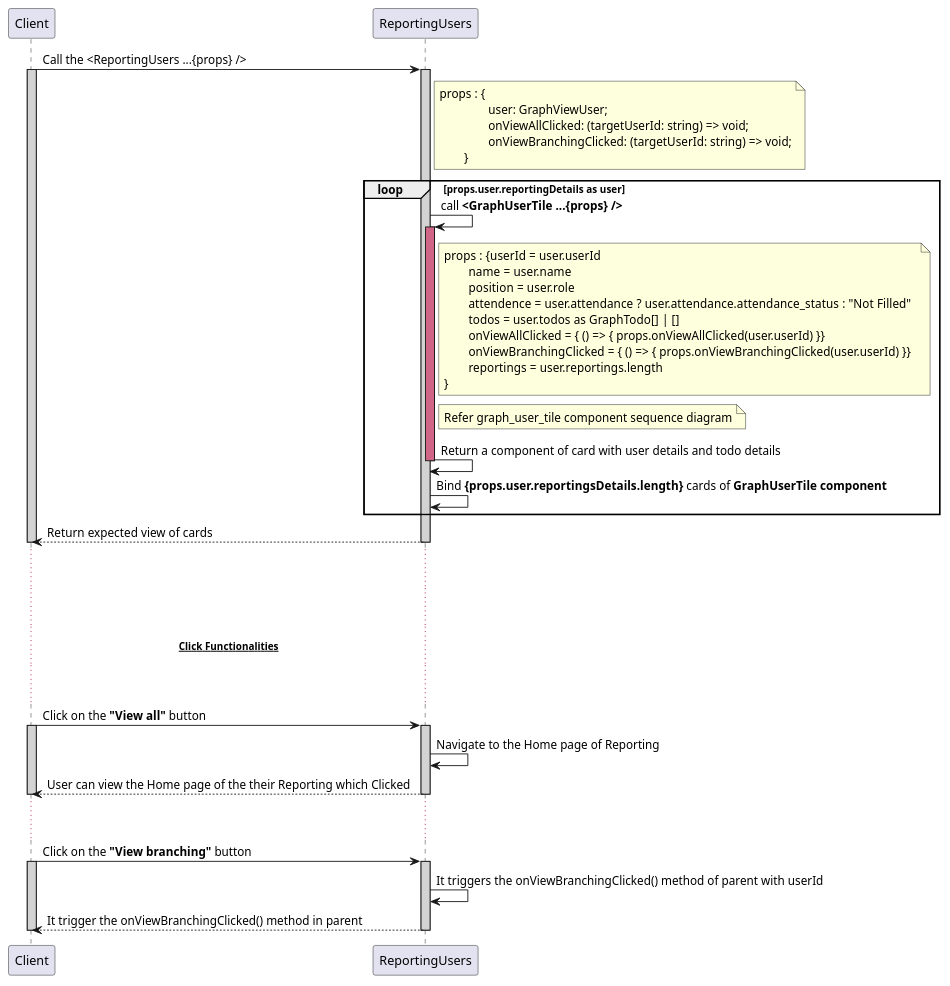
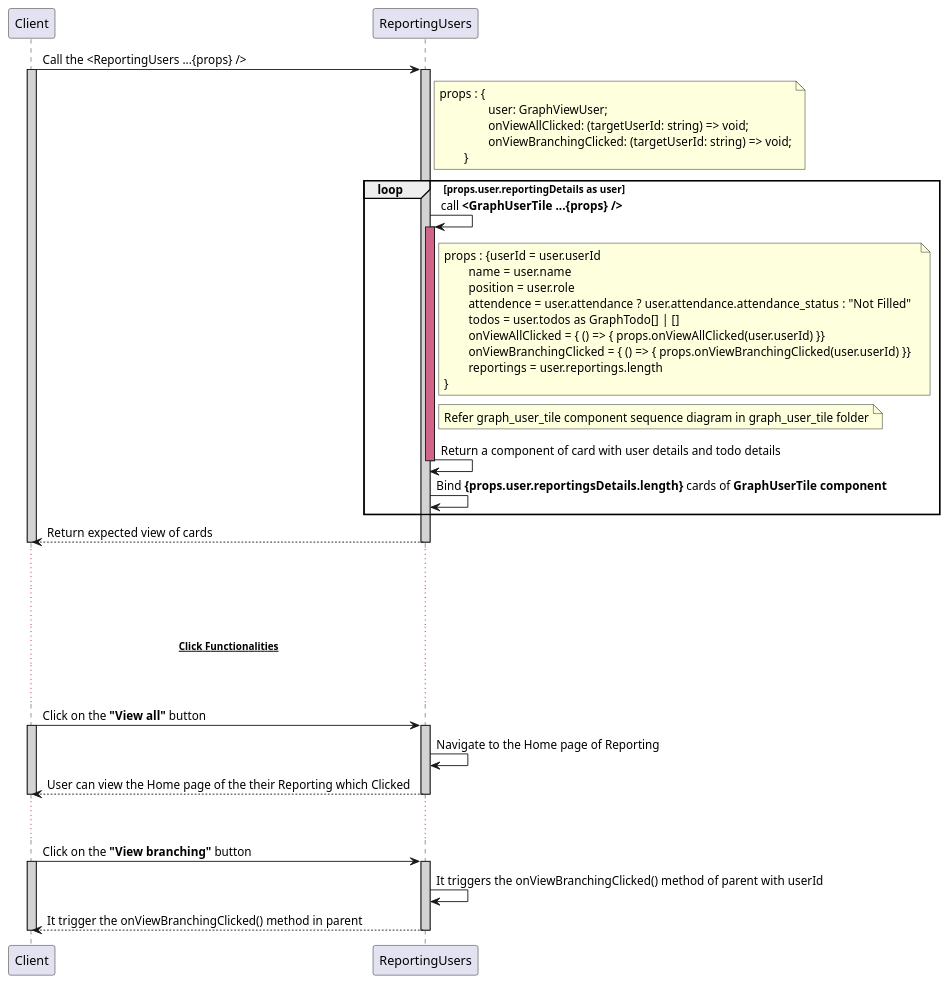
The diagram in frontend/components/graph_reportings/reporting_users.sequence.puml (avasoft-mobility/workday-design), drawn with PlantUML before and after one commit. The commit also changed 6 other files, not shown here.

```diff
--- a/frontend/components/graph_reportings/reporting_users.sequence.puml
+++ b/frontend/components/graph_reportings/reporting_users.sequence.puml
@@ -1,45 +1,45 @@
 @startuml ReportingUsers
 
 participant Client 
 participant ReportingUsers
 
 Client -> ReportingUsers : Call the <ReportingUsers ...{props} />
 activate Client #D3D3D3
 activate ReportingUsers #D3D3D3
     note right of ReportingUsers : props : {\n\t\tuser: GraphViewUser;\n\t\tonViewAllClicked: (targetUserId: string) => void;\n\t\tonViewBranchingClicked: (targetUserId: string) => void;\n\t}
     loop props.user.reportingDetails as user 
         ReportingUsers -> ReportingUsers : call **<GraphUserTile ...{props} />**
         activate ReportingUsers #D16587
             note right of ReportingUsers : props : {userId = user.userId\n\tname = user.name \n\tposition = user.role \n\tattendence =  user.attendance ? user.attendance.attendance_status : "Not Filled"  \n\ttodos = user.todos as GraphTodo[] | [] \n\tonViewAllClicked = { () => { props.onViewAllClicked(user.userId) }} \n\tonViewBranchingClicked = { () => { props.onViewBranchingClicked(user.userId) }}\n\treportings = user.reportings.length\n}
-            note right of ReportingUsers : Refer graph_user_tile component sequence diagram
+            note right of ReportingUsers : Refer graph_user_tile component sequence diagram in graph_user_tile folder
             ReportingUsers -> ReportingUsers : Return a component of card with user details and todo details
         deactivate ReportingUsers
         ReportingUsers -> ReportingUsers : Bind **{props.user.reportingsDetails.length}** cards of **GraphUserTile component**
     end
     Client <-- ReportingUsers : Return expected view of cards
 deactivate Client
 deactivate ReportingUsers
 
 ... ...
 ... ...
 ...~~**Click Functionalities**~~...
 ... ...
 Client -> ReportingUsers : Click on the **"View all"** button 
 activate Client #D3D3D3
 activate ReportingUsers #D3D3D3
     ReportingUsers -> ReportingUsers : Navigate to the Home page of Reporting
     Client <-- ReportingUsers : User can view the Home page of the their Reporting which Clicked
 deactivate Client
 deactivate ReportingUsers
 
 ... ...
 Client -> ReportingUsers : Click on the **"View branching"** button
 activate Client #D3D3D3
 activate ReportingUsers #D3D3D3
     ReportingUsers -> ReportingUsers : It triggers the onViewBranchingClicked() method of parent with userId
     Client <-- ReportingUsers : It trigger the onViewBranchingClicked() method in parent
 deactivate Client
 deactivate ReportingUsers
 
 
 @enduml
```
